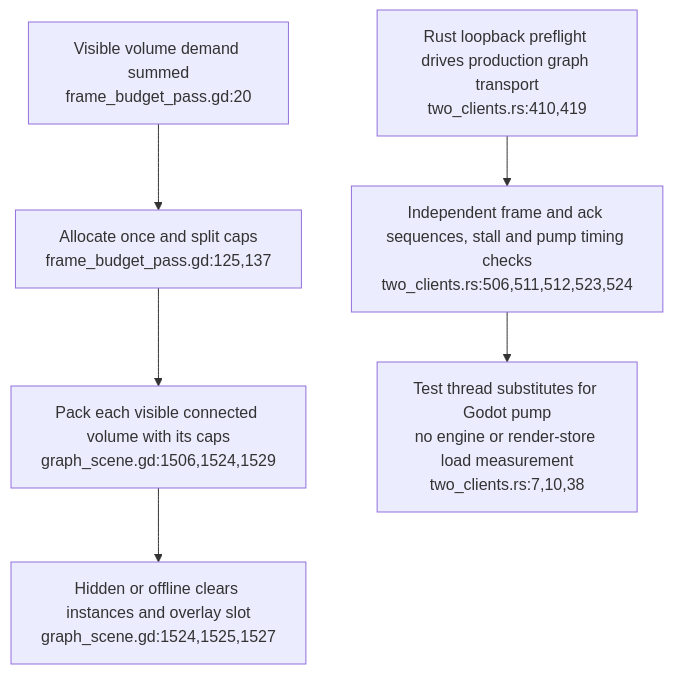
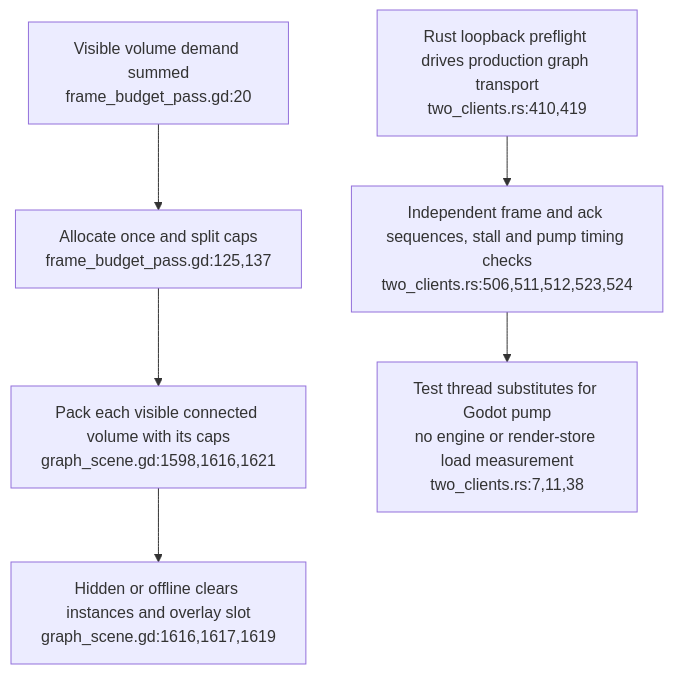
One commit to DreamLab-AI/VisionFlow changed the third of 3 diagrams in docs/diagrams/visionclaw/44-xr-concurrent-backend-connections.md. Above: the diagram before and after it, drawn with Mermaid. The commit also changed other lines of this file and 173 other files, not shown here.

````diff
--- a/docs/diagrams/visionclaw/44-xr-concurrent-backend-connections.md
+++ b/docs/diagrams/visionclaw/44-xr-concurrent-backend-connections.md
@@ -63,8 +63,8 @@
 ```mermaid
 flowchart TD
     VIS["Visible volume demand summed<br/>frame_budget_pass.gd:20"] --> BUD["Allocate once and split caps<br/>frame_budget_pass.gd:125,137"]
-    BUD --> PACK["Pack each visible connected volume with its caps<br/>graph_scene.gd:1506,1524,1529"]
-    PACK --> HIDE["Hidden or offline clears instances and overlay slot<br/>graph_scene.gd:1524,1525,1527"]
+    BUD --> PACK["Pack each visible connected volume with its caps<br/>graph_scene.gd:1598,1616,1621"]
+    PACK --> HIDE["Hidden or offline clears instances and overlay slot<br/>graph_scene.gd:1616,1617,1619"]
     PRE["Rust loopback preflight drives production graph transport<br/>two_clients.rs:410,419"] --> ACK["Independent frame and ack sequences, stall and pump timing checks<br/>two_clients.rs:506,511,512,523,524"]
-    ACK --> LIMIT["Test thread substitutes for Godot pump<br/>no engine or render-store load measurement<br/>two_clients.rs:7,10,38"]
+    ACK --> LIMIT["Test thread substitutes for Godot pump<br/>no engine or render-store load measurement<br/>two_clients.rs:7,11,38"]
 ```
````
